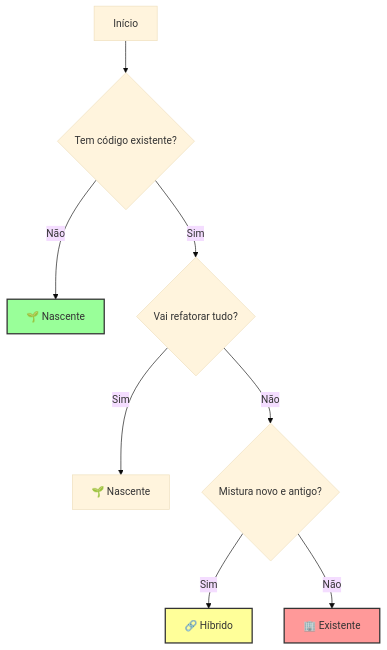
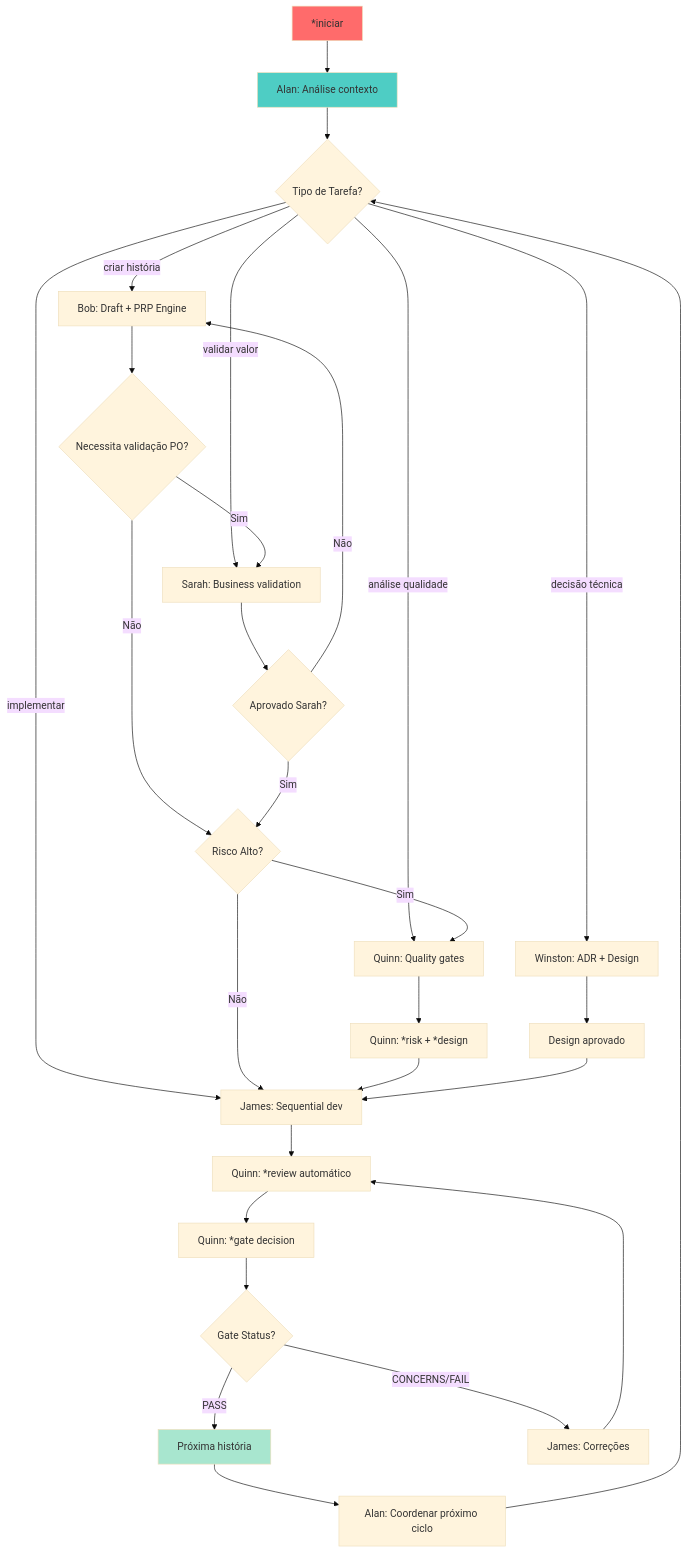
The diagram in README.md (matheusmaiberg/prisma), drawn with Mermaid (base theme) before and after one commit. The commit also changed other lines of this file and 4 other files, not shown here.

````diff
--- a/README.md
+++ b/README.md
@@ -195,14 +197,43 @@
 ```mermaid
 graph TD
-    A[Início] --> B{Tem código existente?}
-    B -->|Não| C[🌱 Nascente]
-    B -->|Sim| D{Vai refatorar tudo?}
-    D -->|Sim| E[🌱 Nascente]
-    D -->|Não| F{Mistura novo e antigo?}
-    F -->|Sim| G[🔗 Híbrido]
-    F -->|Não| H[🏢 Existente]
+    A["*iniciar"] --> B["Alan: Análise contexto"]
+    B --> C{Tipo de Tarefa?}
 
-    style C fill:#9f9,stroke:#333,stroke-width:2px
-    style H fill:#f99,stroke:#333,stroke-width:2px
-    style G fill:#ff9,stroke:#333,stroke-width:2px
+    C -->|"criar história"| D["Bob: Draft + PRP Engine"]
+    C -->|"validar valor"| E["Sarah: Business validation"]
+    C -->|"implementar"| F["James: Sequential dev"]
+    C -->|"análise qualidade"| G["Quinn: Quality gates"]
+    C -->|"decisão técnica"| H["Winston: ADR + Design"]
+
+    D --> I{Necessita validação PO?}
+    I -->|Sim| E
+    I -->|Não| J{Risco Alto?}
+
+    E --> K{Aprovado Sarah?}
+    K -->|Sim| J
+    K -->|Não| D
+
+    J -->|Sim| G
+    J -->|Não| F
+
+    F --> L["Quinn: *review automático"]
+    L --> M["Quinn: *gate decision"]
+
+    M --> N{Gate Status?}
+    N -->|PASS| O["Próxima história"]
+    N -->|CONCERNS/FAIL| P["James: Correções"]
+    P --> L
+
+    G --> Q["Quinn: *risk + *design"]
+    Q --> F
+
+    H --> R["Design aprovado"]
+    R --> F
+
+    O --> S["Alan: Coordenar próximo ciclo"]
+    S --> C
+
+    style A fill:#ff6b6b
+    style B fill:#4ecdc4
+    style O fill:#a8e6cf
 ```
````
